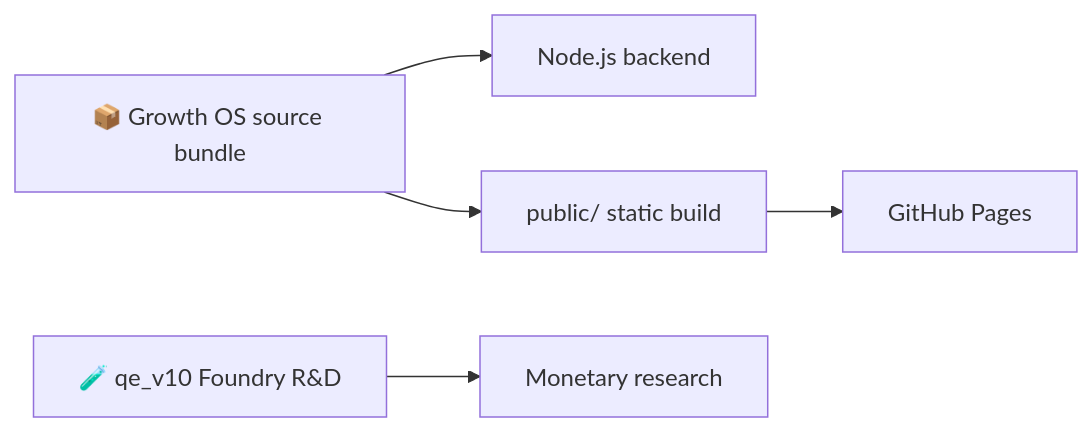
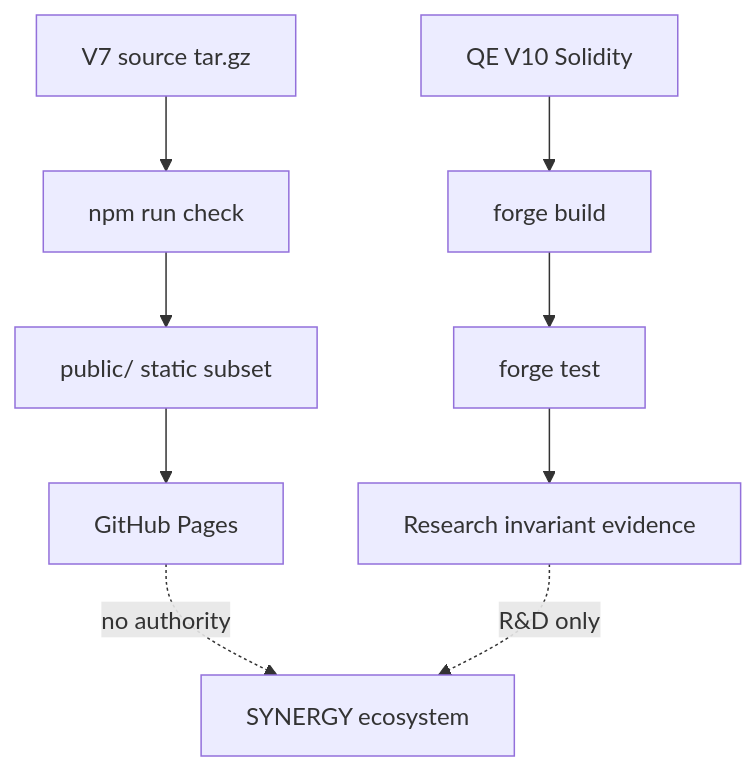
One commit to Shtenco/synergy_chain changed the diagram in README.md. Above: the diagram before and after it, drawn with Mermaid. The commit also changed other lines of this file, not shown here.

Commit message:
docs: rebuild README from verified source, tests and release boundaries

````diff
--- a/README.md
+++ b/README.md
@@ -106,7 +218,13 @@
 ```mermaid
-flowchart LR
-    SRC[📦 Growth OS source bundle] --> BACKEND[Node.js backend]
-    SRC --> STATIC[public/ static build]
-    STATIC --> PAGES[GitHub Pages]
-    QE[🧪 qe_v10 Foundry R&D] --> RESEARCH[Monetary research]
+flowchart TD
+    ARCHIVE[V7 source tar.gz] --> CI[npm run check]
+    CI --> PUB[public/ static subset]
+    PUB --> PAGES[GitHub Pages]
+
+    QE[QE V10 Solidity] --> FBUILD[forge build]
+    FBUILD --> FTEST[forge test]
+    FTEST --> EVID[Research invariant evidence]
+
+    PAGES -. no authority .-> SYS[SYNERGY ecosystem]
+    EVID -. R&D only .-> SYS
 ```
````
